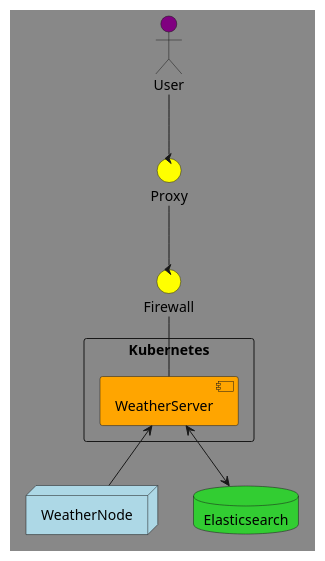
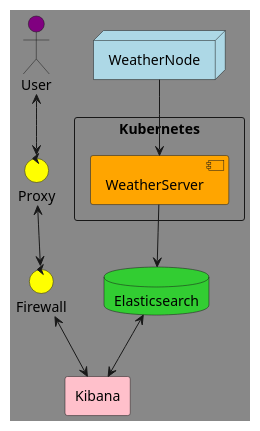
One commit to james-cathcart/indoor-weather-node changed the diagram in docs/deployment.puml. Above: the diagram before and after it, drawn with PlantUML. The commit also changed 3 other files, not shown here.

Commit message:
updated diagrams and README

```diff
--- a/docs/deployment.puml
+++ b/docs/deployment.puml
@@ -1,23 +1,24 @@
 @startuml
 'https://plantuml.com/deployment-diagram
 
 skinparam {
     backgroundColor #888
     handwritten false
 }
 actor User #Purple
 control Firewall #Yellow
 control Proxy #Yellow
 rectangle Kubernetes {
     component WeatherServer #Orange
 }
 node WeatherNode #LightBlue
 database Elasticsearch #LimeGreen
+rectangle Kibana #Pink
 
-User -- Proxy
-Proxy -- Firewall
-Firewall -- WeatherServer
-WeatherServer <-- WeatherNode
-WeatherServer <--> Elasticsearch
-
+User <--> Proxy
+Proxy <--> Firewall
+Firewall <--> Kibana
+WeatherNode --> WeatherServer
+WeatherServer --> Elasticsearch
+Elasticsearch <--> Kibana
 @enduml
```
